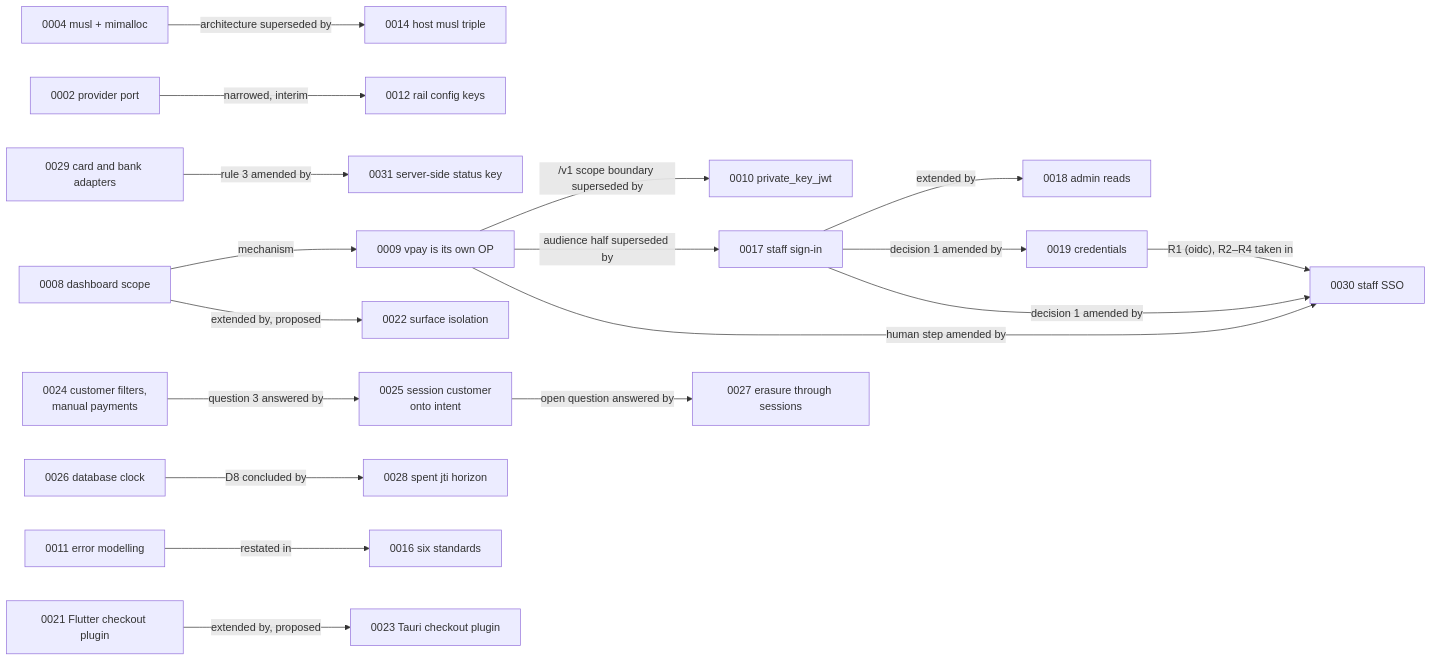
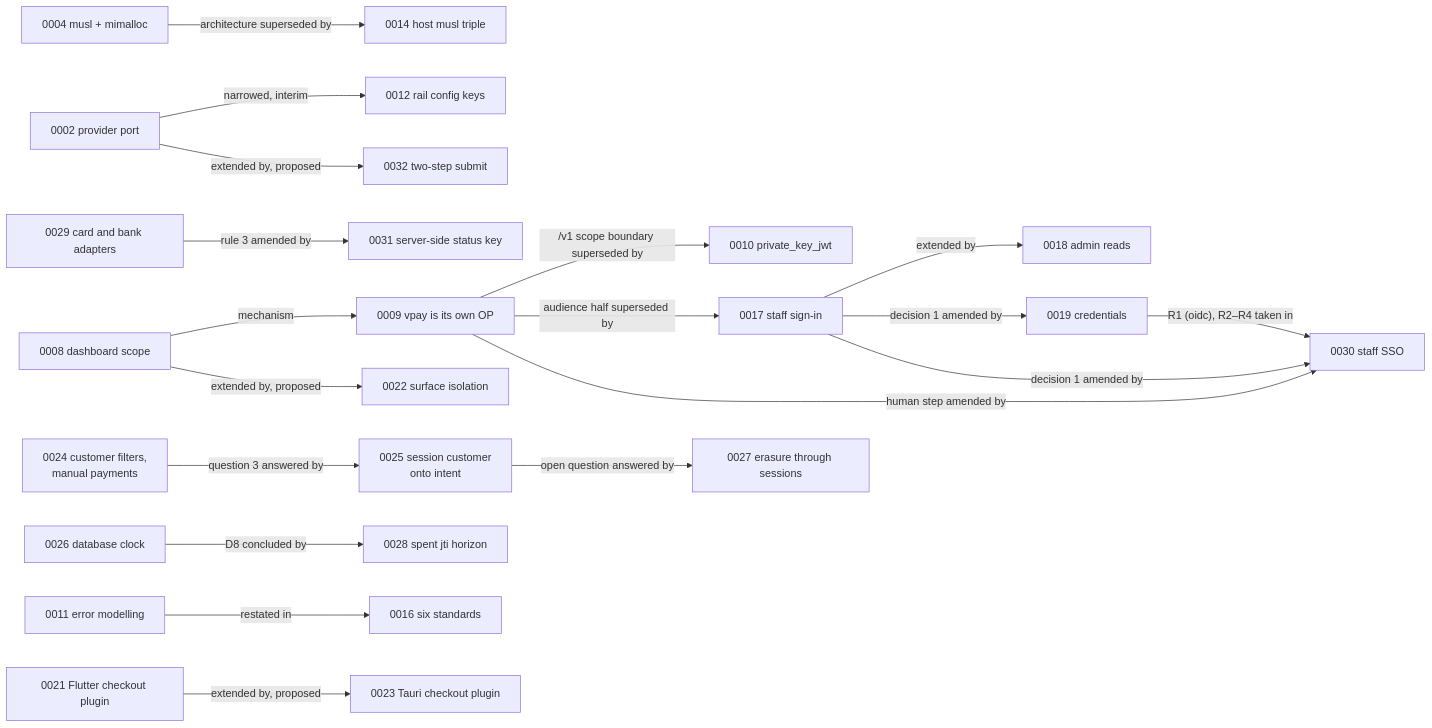
One commit to vaam-apps/vpay-docs changed the second of 2 diagrams in docs/guide/decisions.md. Above: the diagram before and after it, drawn with Mermaid. The commit also changed other lines of this file and 24 other files, not shown here.

````diff
--- a/docs/guide/decisions.md
+++ b/docs/guide/decisions.md
@@ -84,20 +88,21 @@
 ```mermaid
 flowchart LR
     A4["0004 musl + mimalloc"] -->|"architecture superseded by"| A14["0014 host musl triple"]
     A8["0008 dashboard scope"] -->|"mechanism"| A9["0009 vpay is its own OP"]
     A9 -->|"/v1 scope boundary superseded by"| A10["0010 private_key_jwt"]
     A9 -->|"audience half superseded by"| A17["0017 staff sign-in"]
     A17 -->|"extended by"| A18["0018 admin reads"]
     A17 -->|"decision 1 amended by"| A19["0019 credentials"]
     A9 -->|"human step amended by"| A30["0030 staff SSO"]
     A17 -->|"decision 1 amended by"| A30
     A19 -->|"R1 (oidc), R2–R4 taken in"| A30
     A2["0002 provider port"] -->|"narrowed, interim"| A12["0012 rail config keys"]
+    A2 -->|"extended by, proposed"| A32["0032 two-step submit"]
     A29["0029 card and bank adapters"] -->|"rule 3 amended by"| A31["0031 server-side status key"]
     A24["0024 customer filters,<br/>manual payments"] -->|"question 3 answered by"| A25["0025 session customer<br/>onto intent"]
     A25 -->|"open question answered by"| A27["0027 erasure through sessions"]
     A26["0026 database clock"] -->|"D8 concluded by"| A28["0028 spent jti horizon"]
     A11["0011 error modelling"] -->|"restated in"| A16["0016 six standards"]
     A8 -->|"extended by, proposed"| A22["0022 surface isolation"]
     A21["0021 Flutter checkout plugin"] -->|"extended by, proposed"| A23["0023 Tauri checkout plugin"]
 ```
````
